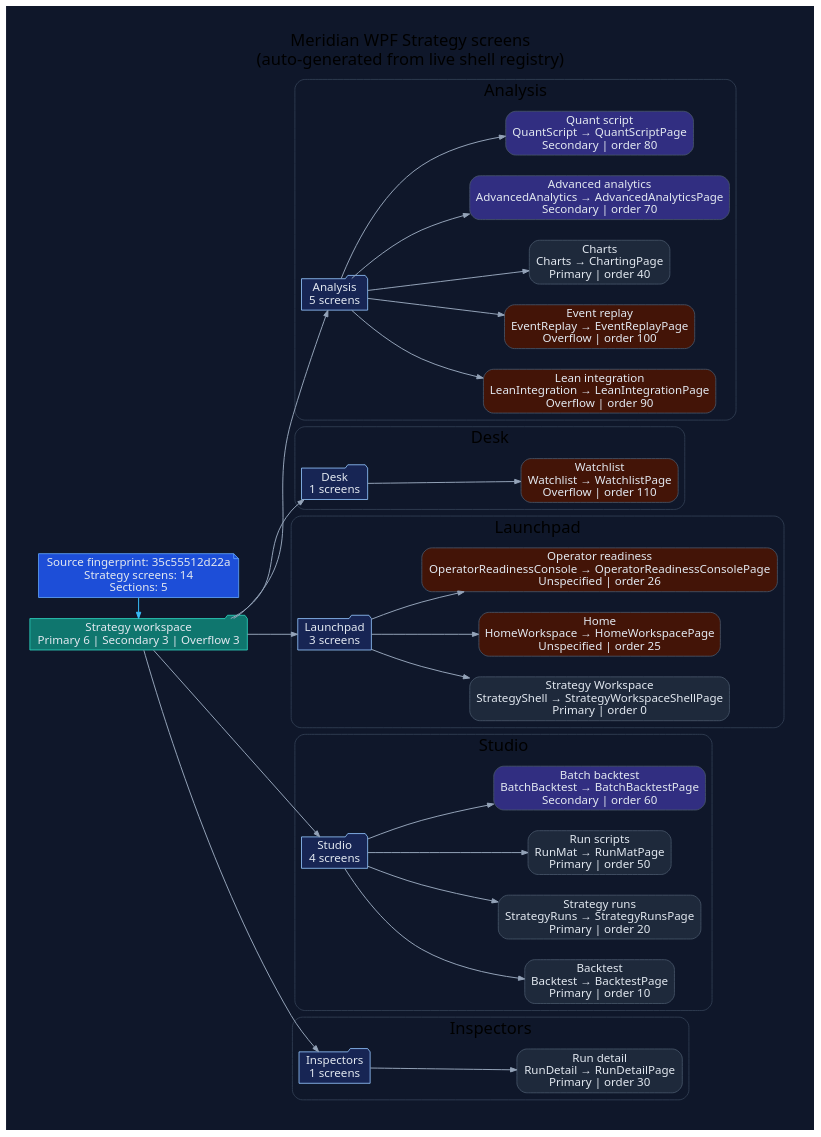
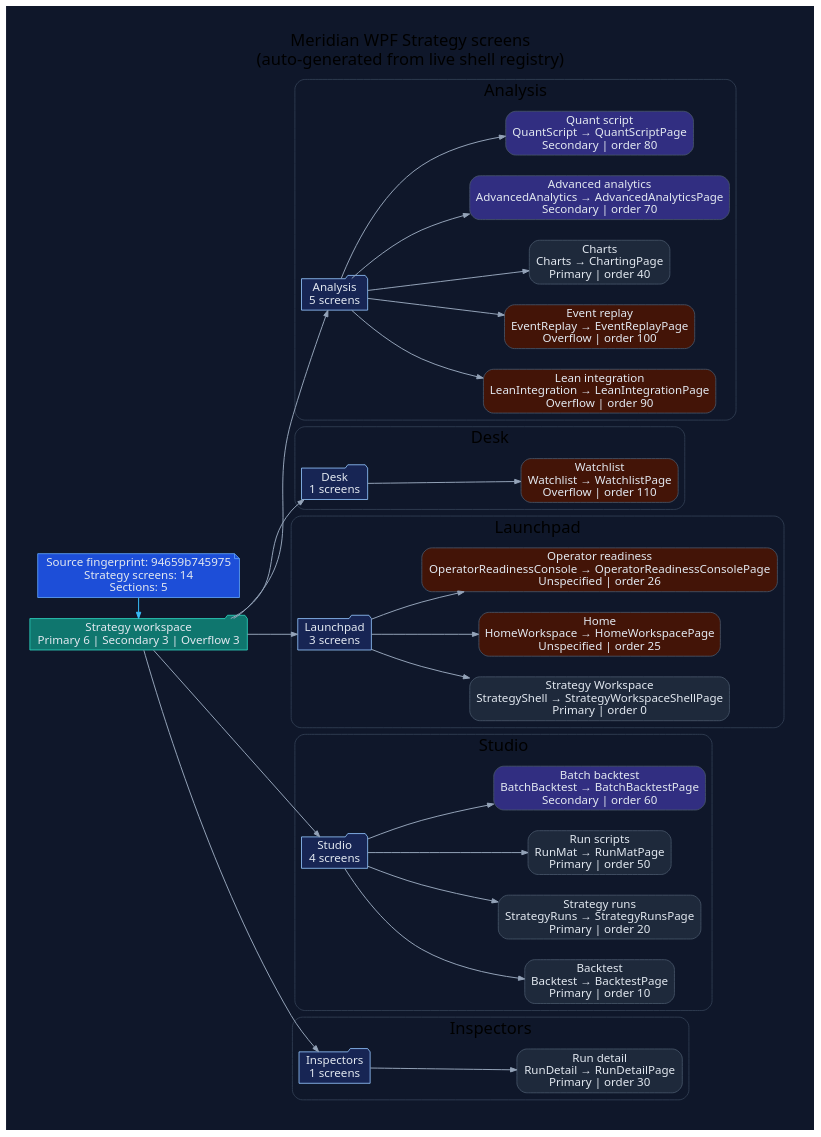
Before and after one commit to rodoHasArrived/Meridian-main: the diagram in docs/diagrams/ui/ui-wpf-screens-strategy.dot, drawn with Graphviz. The commit also changed 68 other files, not shown here.

```diff
--- a/docs/diagrams/ui/ui-wpf-screens-strategy.dot
+++ b/docs/diagrams/ui/ui-wpf-screens-strategy.dot
@@ -1,94 +1,94 @@
 // -----------------------------------------------------------------------------
 // <auto-generated>
 // Generated by scripts/generate-diagrams.mjs.
 // Do not edit this file directly; update the WPF source files instead.
 // -----------------------------------------------------------------------------
 digraph WpfStrategyScreens {
   graph [
     rankdir=LR,
     labelloc=t,
     label="Meridian WPF Strategy screens\n(auto-generated from live shell registry)",
     fontname="Segoe UI",
     fontsize=20,
     pad=0.4,
     nodesep=0.35,
     ranksep=0.85,
     bgcolor="#0f172a"
   ];
   node [fontname="Segoe UI", shape=box, style="rounded,filled", color="#475569", fontcolor="#e2e8f0", fillcolor="#1e293b"];
   edge [fontname="Segoe UI", color="#94a3b8", penwidth=1.2, arrowsize=0.75];
 
-  generated [shape=note, fillcolor="#1d4ed8", color="#60a5fa", label="Source fingerprint: 35c55512d22a\nStrategy screens: 14\nSections: 5"];
+  generated [shape=note, fillcolor="#1d4ed8", color="#60a5fa", label="Source fingerprint: 94659b745975\nStrategy screens: 14\nSections: 5"];
   workspace [shape=folder, fillcolor="#0f766e", color="#2dd4bf", label="Strategy workspace\nPrimary 6 | Secondary 3 | Overflow 3"];
   generated -> workspace [color="#38bdf8"];
 
   subgraph cluster_section_1 {
     label="Analysis";
     color="#334155";
     style="rounded";
     section_1 [shape=folder, fillcolor="#172554", color="#93c5fd", label="Analysis\n5 screens"];
     workspace -> section_1;
     screen_LeanIntegration [fillcolor="#431407", label="Lean integration\nLeanIntegration → LeanIntegrationPage\nOverflow | order 90"];
     section_1 -> screen_LeanIntegration;
     screen_EventReplay [fillcolor="#431407", label="Event replay\nEventReplay → EventReplayPage\nOverflow | order 100"];
     section_1 -> screen_EventReplay;
     screen_Charts [fillcolor="#1e293b", label="Charts\nCharts → ChartingPage\nPrimary | order 40"];
     section_1 -> screen_Charts;
     screen_AdvancedAnalytics [fillcolor="#312e81", label="Advanced analytics\nAdvancedAnalytics → AdvancedAnalyticsPage\nSecondary | order 70"];
     section_1 -> screen_AdvancedAnalytics;
     screen_QuantScript [fillcolor="#312e81", label="Quant script\nQuantScript → QuantScriptPage\nSecondary | order 80"];
     section_1 -> screen_QuantScript;
   }
 
   subgraph cluster_section_2 {
     label="Desk";
     color="#334155";
     style="rounded";
     section_2 [shape=folder, fillcolor="#172554", color="#93c5fd", label="Desk\n1 screens"];
     workspace -> section_2;
     screen_Watchlist [fillcolor="#431407", label="Watchlist\nWatchlist → WatchlistPage\nOverflow | order 110"];
     section_2 -> screen_Watchlist;
   }
 
   subgraph cluster_section_3 {
     label="Launchpad";
     color="#334155";
     style="rounded";
     section_3 [shape=folder, fillcolor="#172554", color="#93c5fd", label="Launchpad\n3 screens"];
     workspace -> section_3;
     screen_StrategyShell [fillcolor="#1e293b", label="Strategy Workspace\nStrategyShell → StrategyWorkspaceShellPage\nPrimary | order 0"];
     section_3 -> screen_StrategyShell;
     screen_HomeWorkspace [fillcolor="#431407", label="Home\nHomeWorkspace → HomeWorkspacePage\nUnspecified | order 25"];
     section_3 -> screen_HomeWorkspace;
     screen_OperatorReadinessConsole [fillcolor="#431407", label="Operator readiness\nOperatorReadinessConsole → OperatorReadinessConsolePage\nUnspecified | order 26"];
     section_3 -> screen_OperatorReadinessConsole;
   }
 
   subgraph cluster_section_4 {
     label="Studio";
     color="#334155";
     style="rounded";
     section_4 [shape=folder, fillcolor="#172554", color="#93c5fd", label="Studio\n4 screens"];
     workspace -> section_4;
     screen_Backtest [fillcolor="#1e293b", label="Backtest\nBacktest → BacktestPage\nPrimary | order 10"];
     section_4 -> screen_Backtest;
     screen_StrategyRuns [fillcolor="#1e293b", label="Strategy runs\nStrategyRuns → StrategyRunsPage\nPrimary | order 20"];
     section_4 -> screen_StrategyRuns;
     screen_RunMat [fillcolor="#1e293b", label="Run scripts\nRunMat → RunMatPage\nPrimary | order 50"];
     section_4 -> screen_RunMat;
     screen_BatchBacktest [fillcolor="#312e81", label="Batch backtest\nBatchBacktest → BatchBacktestPage\nSecondary | order 60"];
     section_4 -> screen_BatchBacktest;
   }
 
   subgraph cluster_section_5 {
     label="Inspectors";
     color="#334155";
     style="rounded";
     section_5 [shape=folder, fillcolor="#172554", color="#93c5fd", label="Inspectors\n1 screens"];
     workspace -> section_5;
     screen_RunDetail [fillcolor="#1e293b", label="Run detail\nRunDetail → RunDetailPage\nPrimary | order 30"];
     section_5 -> screen_RunDetail;
   }
 
   { rank=min; generated; workspace; }
 }
```
